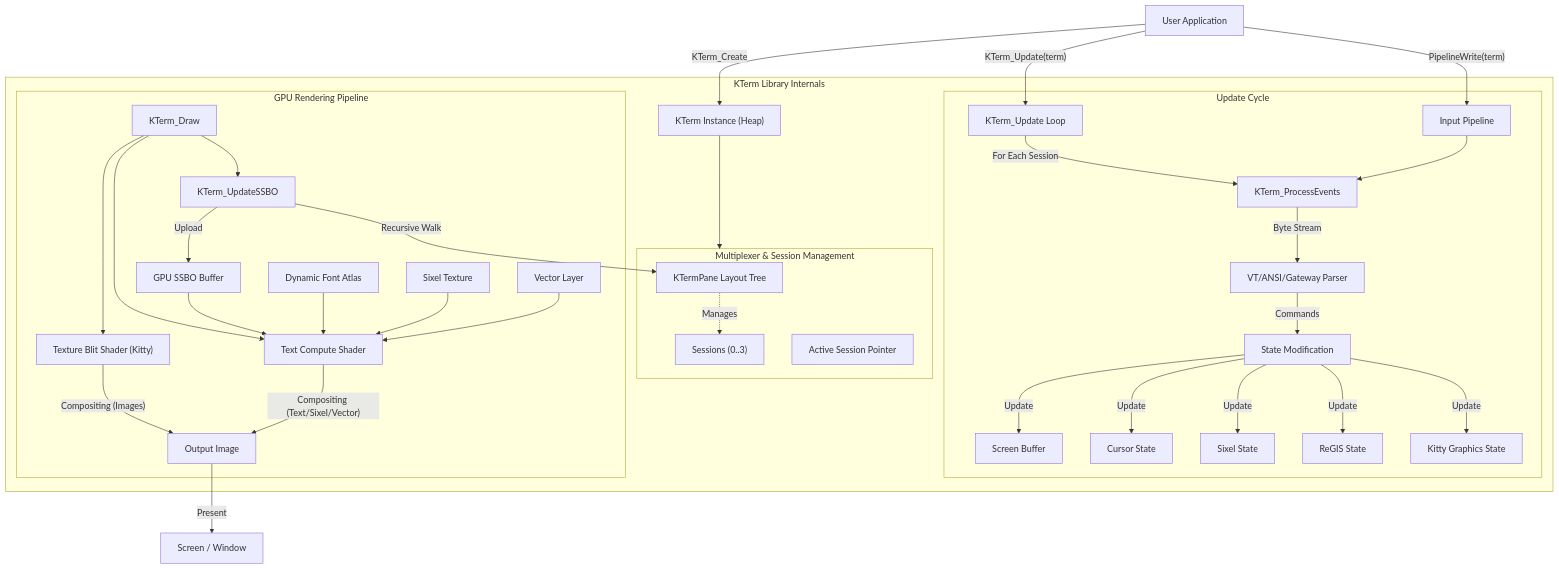
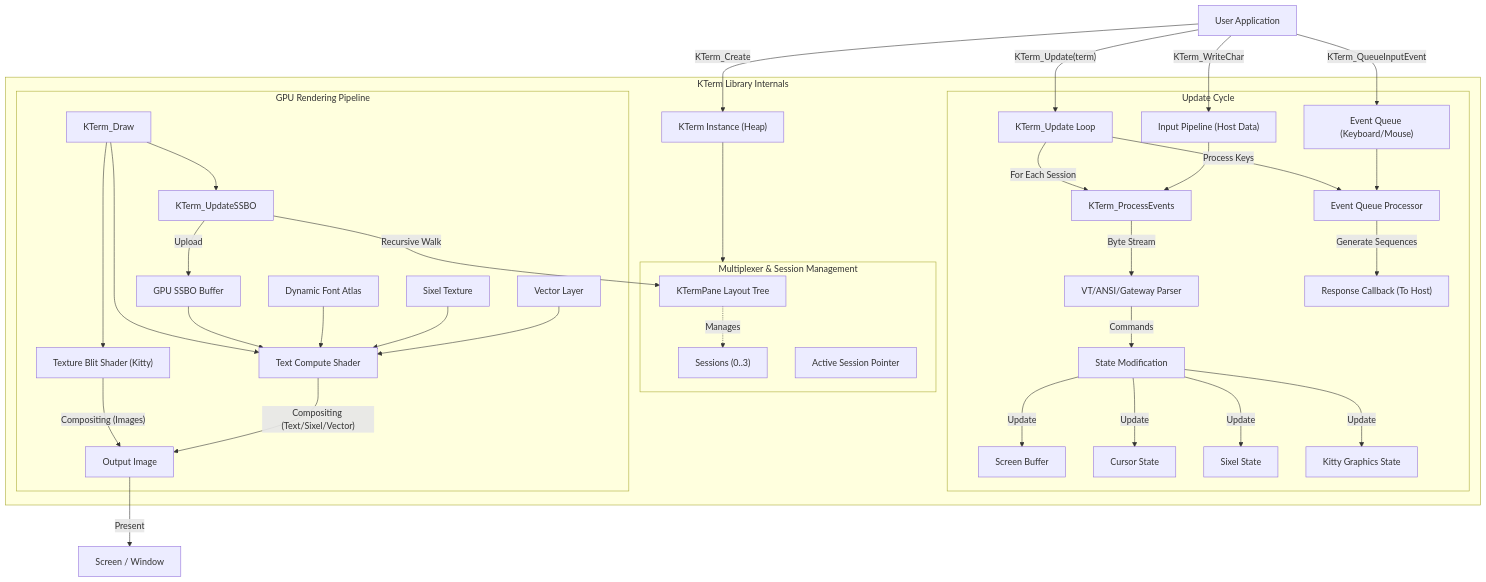
The diagram in README.md (jmorel33/terminal), drawn with Mermaid before and after one commit. The commit also changed other lines of this file, not shown here.

First line of the commit message:
Update README.md to reflect v2.3.24 architecture and features

````diff
--- a/README.md
+++ b/README.md
@@ -197,61 +187,68 @@
 ```mermaid
 graph TD
     UserApp["User Application"] -->|"KTerm_Create"| TerminalInstance
     UserApp -->|"KTerm_Update(term)"| UpdateLoop
-    UserApp -->|"PipelineWrite(term)"| InputBuffer
+    UserApp -->|"KTerm_WriteChar"| InputPipeline
+    UserApp -->|"KTerm_QueueInputEvent"| EventQueue
 
     subgraph Terminal_Internals ["KTerm Library Internals"]
         TerminalInstance["KTerm Instance (Heap)"]
 
         subgraph Layout_System ["Multiplexer & Session Management"]
             LayoutTree["KTermPane Layout Tree"]
             Sessions["Sessions (0..3)"]
             ActiveSession["Active Session Pointer"]
 
             LayoutTree -.->|"Manages"| Sessions
         end
 
         TerminalInstance --> Layout_System
 
         subgraph Update_Cycle ["Update Cycle"]
             UpdateLoop["KTerm_Update Loop"]
             InputProc["KTerm_ProcessEvents"]
+            EventProc["Event Queue Processor"]
             Parser["VT/ANSI/Gateway Parser"]
             StateMod["State Modification"]
 
             UpdateLoop -->|"For Each Session"| InputProc
-            InputBuffer["Input Pipeline"] --> InputProc
+            UpdateLoop -->|"Process Keys"| EventProc
+
+            InputPipeline["Input Pipeline (Host Data)"] --> InputProc
+            EventQueue["Event Queue (Keyboard/Mouse)"] --> EventProc
+
             InputProc -->|"Byte Stream"| Parser
+            EventProc -->|"Generate Sequences"| Response["Response Callback (To Host)"]
+
             Parser -->|"Commands"| StateMod
             StateMod -->|"Update"| ScreenGrid["Screen Buffer"]
             StateMod -->|"Update"| Cursor["Cursor State"]
             StateMod -->|"Update"| Sixel["Sixel State"]
-            StateMod -->|"Update"| ReGIS["ReGIS State"]
             StateMod -->|"Update"| Kitty["Kitty Graphics State"]
         end
 
         subgraph Rendering_Pipeline ["GPU Rendering Pipeline"]
             DrawCall["KTerm_Draw"]
             SSBO_Upload["KTerm_UpdateSSBO"]
             Compute["Text Compute Shader"]
             TextureBlit["Texture Blit Shader (Kitty)"]
 
             DrawCall --> SSBO_Upload
             SSBO_Upload -->|"Recursive Walk"| LayoutTree
             SSBO_Upload -->|"Upload"| GPU_SSBO["GPU SSBO Buffer"]
 
             DrawCall --> TextureBlit
             DrawCall --> Compute
 
             GPU_SSBO --> Compute
             FontTex["Dynamic Font Atlas"] --> Compute
             SixelTex["Sixel Texture"] --> Compute
             VectorTex["Vector Layer"] --> Compute
 
             TextureBlit -->|"Compositing (Images)"| OutputImage["Output Image"]
             Compute -->|"Compositing (Text/Sixel/Vector)"| OutputImage
         end
     end
 
     OutputImage -->|"Present"| Screen["Screen / Window"]
 ```
````
